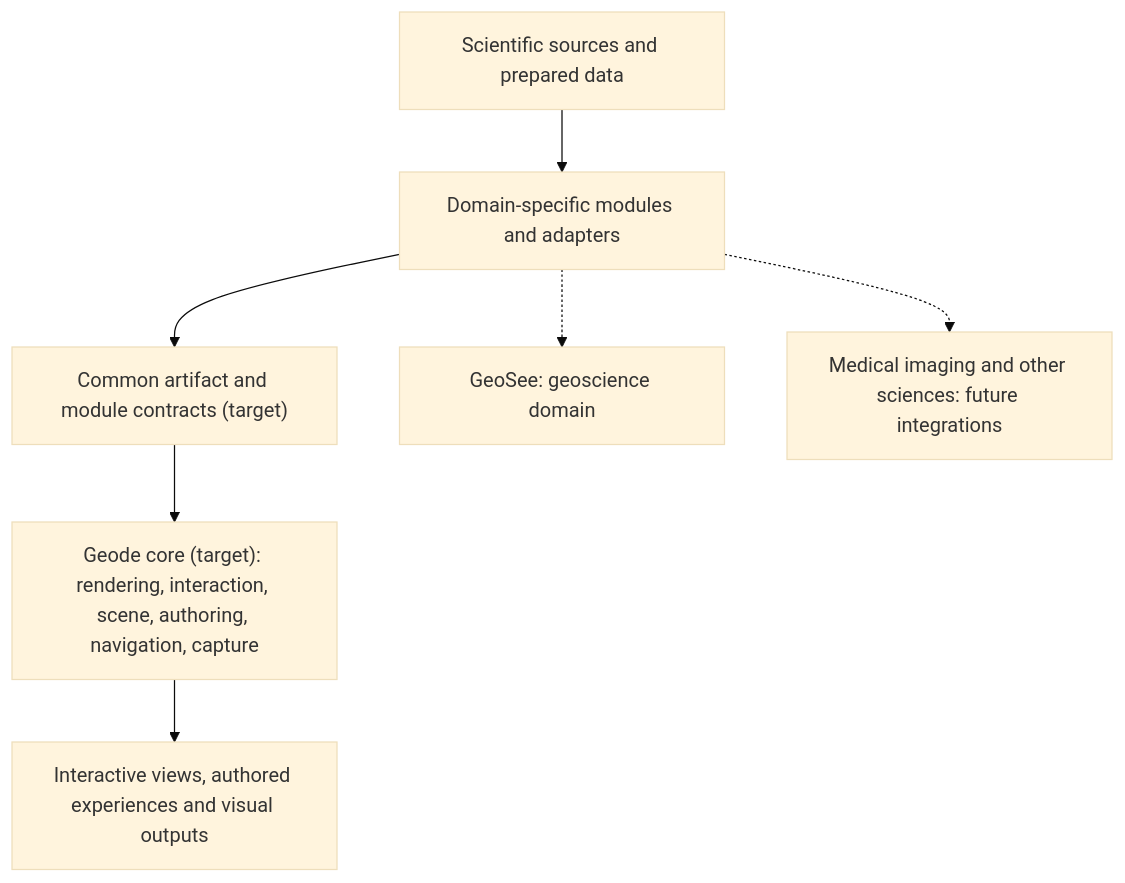
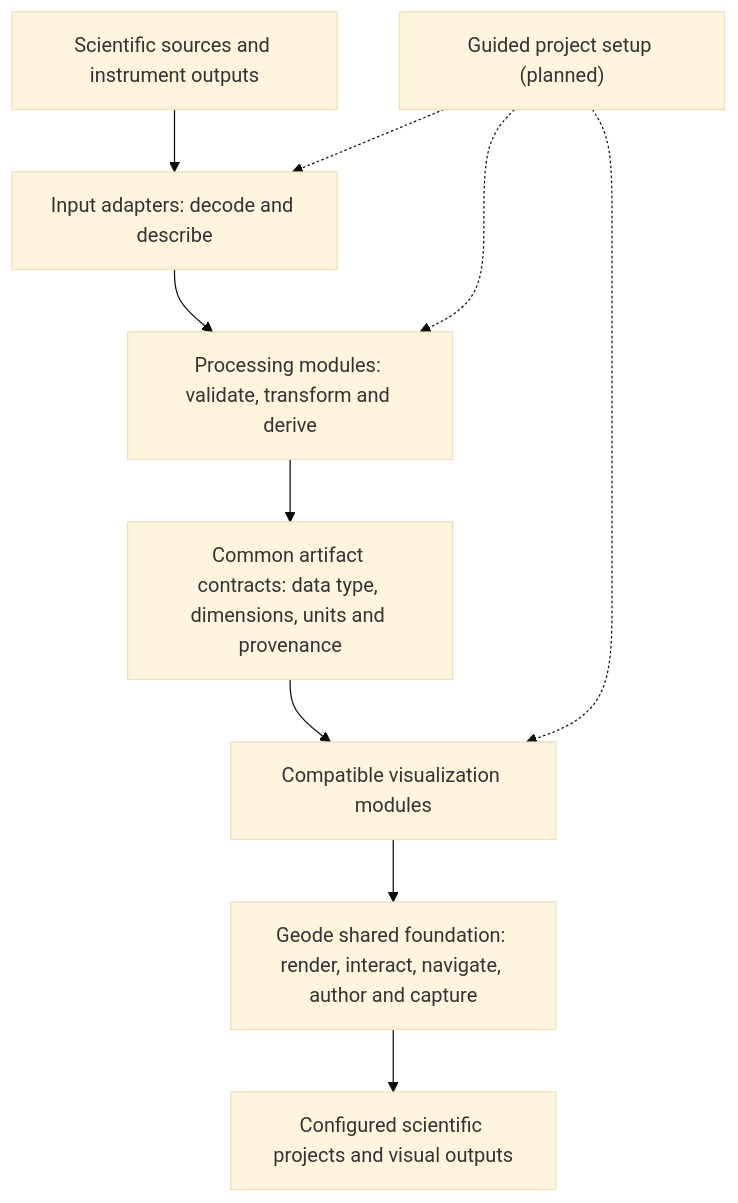
One commit to jamespatrickjackson-lang/GEODE changed the diagram in README.md. Above: the diagram before and after it, drawn with Mermaid (base theme). The commit also changed other lines of this file, not shown here.

Commit message:
docs: clarify planned Geode ingestion, modules and guided setup

````diff
--- a/README.md
+++ b/README.md
@@ -217,9 +228,12 @@
 ```mermaid
 flowchart TB
-    S["Scientific sources and prepared data"] --> M["Domain-specific modules and adapters"]
-    M --> C["Common artifact and module contracts (target)"]
-    C --> G["Geode core (target): rendering, interaction, scene, authoring, navigation, capture"]
-    G --> X["Interactive views, authored experiences and visual outputs"]
-    M -.-> J["GeoSee: geoscience domain"]
-    M -.-> I["Medical imaging and other sciences: future integrations"]
+    S["Scientific sources and instrument outputs"] --> A["Input adapters: decode and describe"]
+    A --> P["Processing modules: validate, transform and derive"]
+    P --> C["Common artifact contracts: data type, dimensions, units and provenance"]
+    C --> V["Compatible visualization modules"]
+    V --> G["Geode shared foundation: render, interact, navigate, author and capture"]
+    G --> X["Configured scientific projects and visual outputs"]
+    W["Guided project setup (planned)"] -.-> A
+    W -.-> P
+    W -.-> V
 ```
````
